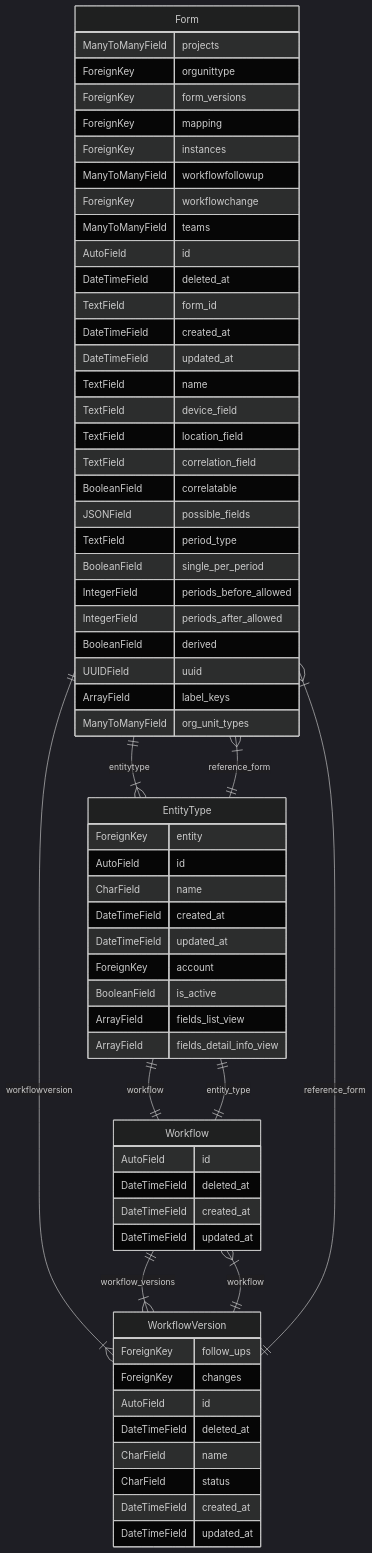
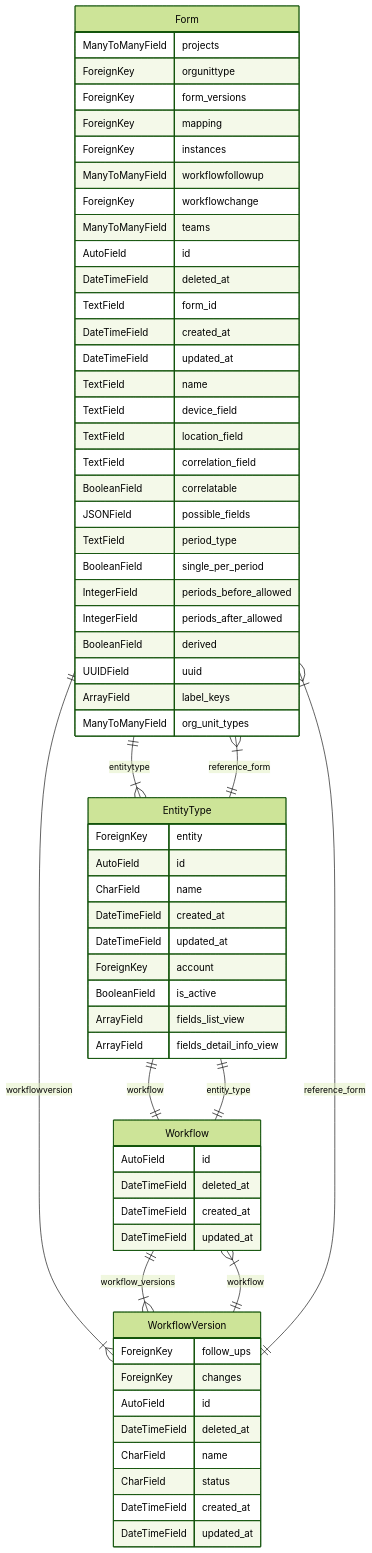
One commit to olethanh/iaso changed the diagram in workflows.md. Above: the diagram before and after it, drawn with Mermaid.

Commit message:
Temporary add mermaid script

````diff
--- a/workflows.md
+++ b/workflows.md
@@ -3,68 +3,68 @@
 ```mermaid
-%%{init: {'theme': 'dark' } }%%
+%%{init: {'theme': 'forest' } }%%
 erDiagram
 Form{
 ManyToManyField projects
 ForeignKey orgunittype
 ForeignKey form_versions
 ForeignKey mapping
 ForeignKey instances
 ManyToManyField workflowfollowup
 ForeignKey workflowchange
 ManyToManyField teams
 AutoField id
 DateTimeField deleted_at
 TextField form_id
 DateTimeField created_at
 DateTimeField updated_at
 TextField name
 TextField device_field
 TextField location_field
 TextField correlation_field
 BooleanField correlatable
 JSONField possible_fields
 TextField period_type
 BooleanField single_per_period
 IntegerField periods_before_allowed
 IntegerField periods_after_allowed
 BooleanField derived
 UUIDField uuid
 ArrayField label_keys
 ManyToManyField org_unit_types
 }
 EntityType{
 ForeignKey entity
 AutoField id
 CharField name
 DateTimeField created_at
 DateTimeField updated_at
 ForeignKey account
 BooleanField is_active
 ArrayField fields_list_view
 ArrayField fields_detail_info_view
 }
 Workflow{
 AutoField id
 DateTimeField deleted_at
 DateTimeField created_at
 DateTimeField updated_at
 }
 WorkflowVersion{
 ForeignKey follow_ups
 ForeignKey changes
 AutoField id
 DateTimeField deleted_at
 CharField name
 CharField status
 DateTimeField created_at
 DateTimeField updated_at
 }
 Form||--|{EntityType : entitytype
 Form||--|{WorkflowVersion : workflowversion
 EntityType||--||Workflow : workflow
 EntityType||--|{Form : reference_form
 Workflow||--|{WorkflowVersion : workflow_versions
 Workflow||--||EntityType : entity_type
 WorkflowVersion||--|{Workflow : workflow
 WorkflowVersion||--|{Form : reference_form
 ```
````
